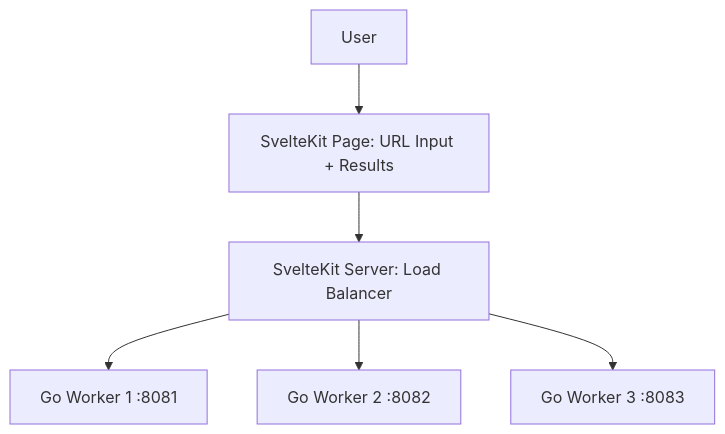
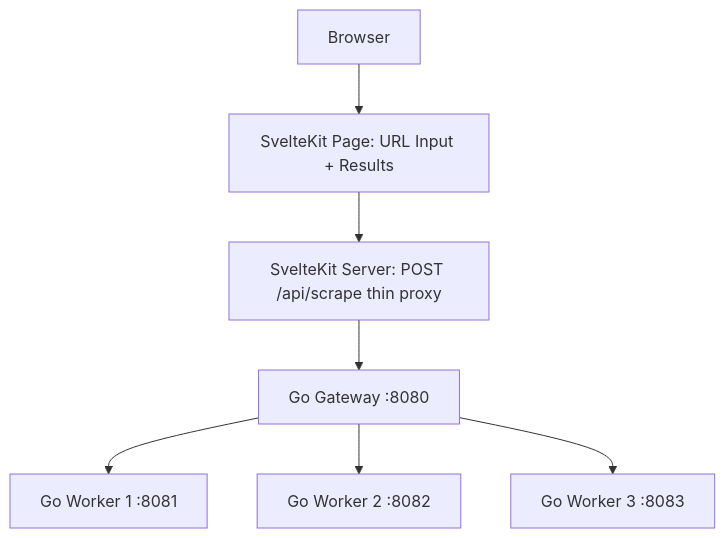
Before and after one commit to Franciss-prog/scrape-mesh: the diagram in README.md, drawn with Mermaid. The commit also changed other lines of this file and 7 other files, not shown here.

Commit message:
docs(readme): rewrite architecture for go gateway and worker split feat(client): add scrape form and axios post to backend feat(server): add post /scrape handler with cors on port 3000

````diff
--- a/README.md
+++ b/README.md
@@ -13,8 +18,9 @@
 ```mermaid
 flowchart TD
-    User --> Web[SvelteKit Page: URL Input + Results]
-    Web --> LB[SvelteKit Server: Load Balancer]
-    LB --> W1[Go Worker 1 :8081]
-    LB --> W2[Go Worker 2 :8082]
-    LB --> W3[Go Worker 3 :8083]
+    Browser --> Web[SvelteKit Page: URL Input + Results]
+    Web --> Edge[SvelteKit Server: POST /api/scrape thin proxy]
+    Edge --> GW[Go Gateway :8080]
+    GW --> W1[Go Worker 1 :8081]
+    GW --> W2[Go Worker 2 :8082]
+    GW --> W3[Go Worker 3 :8083]
 ```
````
